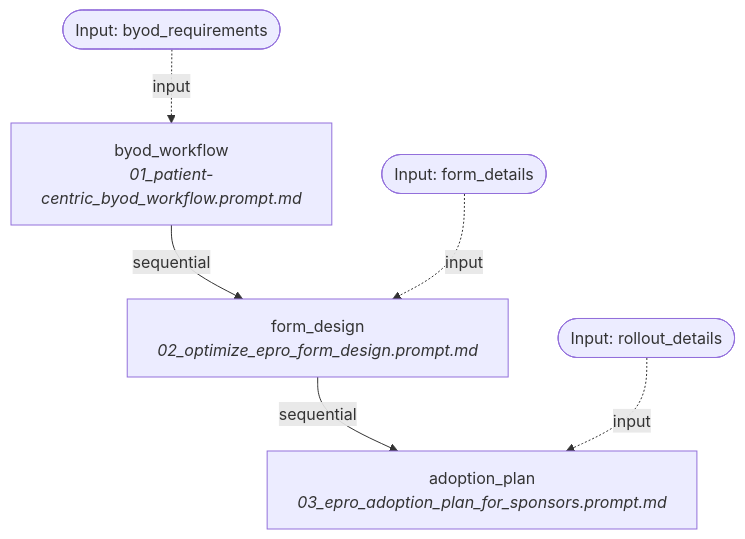
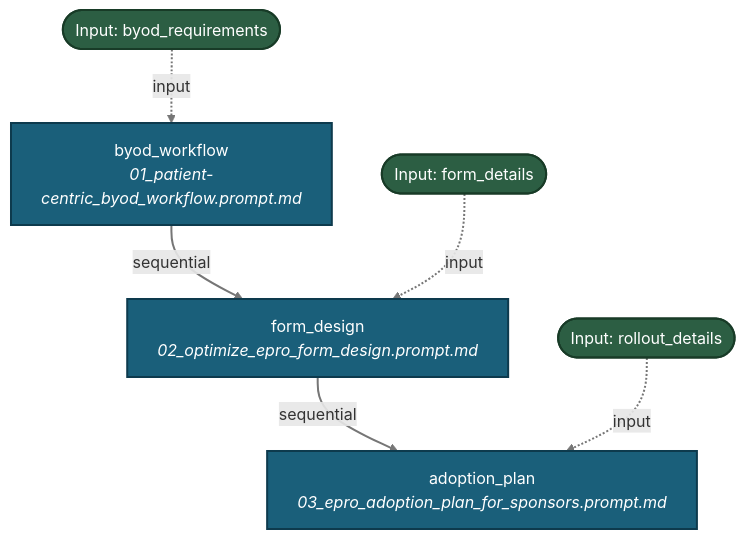
Before and after one commit to fderuiter/proompts: the diagram in docs/workflows/epro.md, drawn with Mermaid. The commit also changed 267 other files, not shown here.

````diff
--- a/docs/workflows/epro.md
+++ b/docs/workflows/epro.md
@@ -11,14 +11,17 @@
 ```mermaid
 graph TD
-    INPUT_byod_requirements([Input: byod_requirements])
-    INPUT_form_details([Input: form_details])
-    INPUT_rollout_details([Input: rollout_details])
-    byod_workflow[byod_workflow<br><i>01_patient-centric_byod_workflow.prompt.md</i>]
+    classDef stepNode fill:#1a5f7a,stroke:#0d3a4d,stroke-width:2px,color:#ffffff;
+    classDef inputNode fill:#2c5e43,stroke:#183b27,stroke-width:2px,color:#ffffff;
+    INPUT_byod_requirements([Input: byod_requirements]):::inputNode
+    INPUT_form_details([Input: form_details]):::inputNode
+    INPUT_rollout_details([Input: rollout_details]):::inputNode
+    byod_workflow[byod_workflow<br><i>01_patient-centric_byod_workflow.prompt.md</i>]:::stepNode
     INPUT_byod_requirements -. input .-> byod_workflow
     byod_workflow -->|sequential| form_design
-    form_design[form_design<br><i>02_optimize_epro_form_design.prompt.md</i>]
+    form_design[form_design<br><i>02_optimize_epro_form_design.prompt.md</i>]:::stepNode
     INPUT_form_details -. input .-> form_design
     form_design -->|sequential| adoption_plan
-    adoption_plan[adoption_plan<br><i>03_epro_adoption_plan_for_sponsors.prompt.md</i>]
+    adoption_plan[adoption_plan<br><i>03_epro_adoption_plan_for_sponsors.prompt.md</i>]:::stepNode
     INPUT_rollout_details -. input .-> adoption_plan
+    linkStyle default stroke:#767676,stroke-width:2px;
 ```
````
